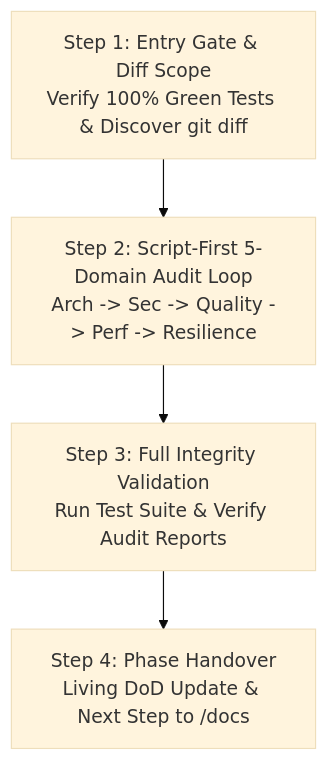
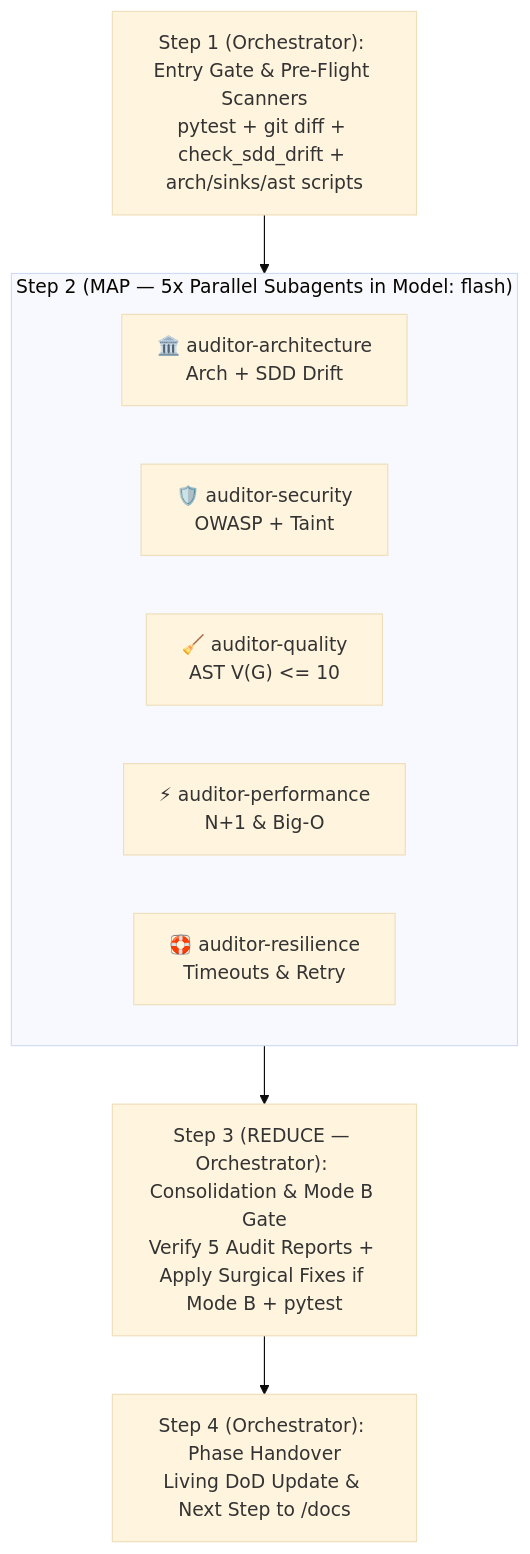
One commit to MarcosVeniciu/antigravity-agentic-skills changed the diagram in skills/review/SKILL.md. Above: the diagram before and after it, drawn with Mermaid (base theme). The commit also changed other lines of this file and 11 other files, not shown here.

First line of the commit message:
feat(skills): evolve implement and review to SDD 2.0 with drift gate and subagent isolation

````diff
--- a/skills/review/SKILL.md
+++ b/skills/review/SKILL.md
@@ -48,6 +48,16 @@
 ```mermaid
 flowchart TD
-    Step1["Step 1: Entry Gate & Diff Scope<br/>Verify 100% Green Tests & Discover git diff"] --> Step2["Step 2: Script-First 5-Domain Audit Loop<br/>Arch -> Sec -> Quality -> Perf -> Resilience"]
-    Step2 --> Step3["Step 3: Full Integrity Validation<br/>Run Test Suite & Verify Audit Reports"]
-    Step3 --> Step4["Step 4: Phase Handover<br/>Living DoD Update & Next Step to /docs"]
+    Step1["Step 1 (Orchestrator): Entry Gate & Pre-Flight Scanners<br/>pytest + git diff + check_sdd_drift + arch/sinks/ast scripts"] --> Step2
+
+    subgraph Step2 ["Step 2 (MAP — 5x Parallel Subagents in Model: flash)"]
+        direction LR
+        D1["🏛️ auditor-architecture<br/>Arch + SDD Drift"]
+        D2["🛡️ auditor-security<br/>OWASP + Taint"]
+        D3["🧹 auditor-quality<br/>AST V(G) <= 10"]
+        D4["⚡ auditor-performance<br/>N+1 & Big-O"]
+        D5["🛟 auditor-resilience<br/>Timeouts & Retry"]
+    end
+
+    Step2 --> Step3["Step 3 (REDUCE — Orchestrator): Consolidation & Mode B Gate<br/>Verify 5 Audit Reports + Apply Surgical Fixes if Mode B + pytest"]
+    Step3 --> Step4["Step 4 (Orchestrator): Phase Handover<br/>Living DoD Update & Next Step to /docs"]
 ```
````
